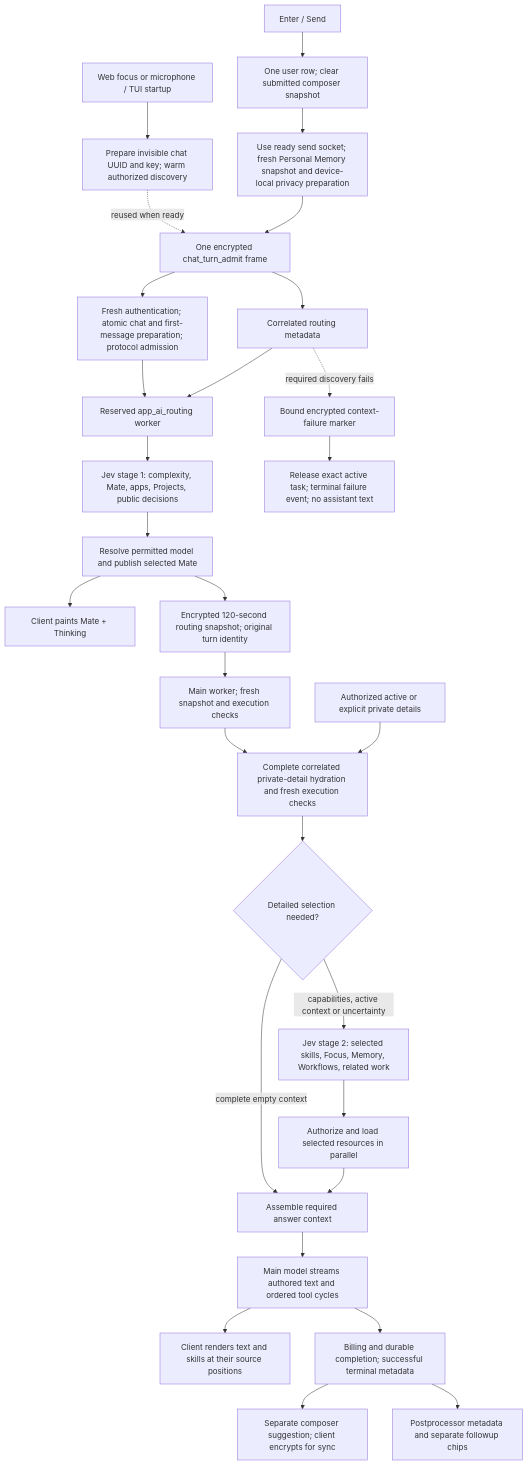
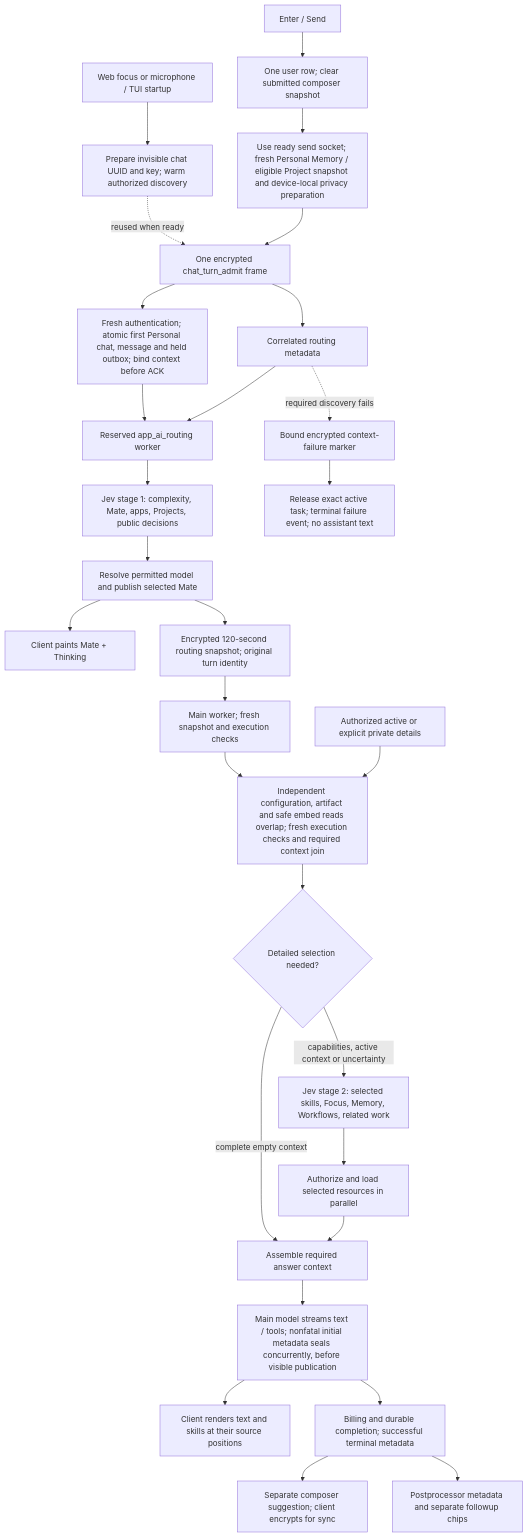
Before and after one commit to glowingkitty/OpenMates: the first of 9 diagrams in docs/plans/chat-latency-improvements/implemented-flow.md, drawn with Mermaid. The commit also changed other lines of this file and 35 other files, not shown here.

````diff
--- a/docs/plans/chat-latency-improvements/implemented-flow.md
+++ b/docs/plans/chat-latency-improvements/implemented-flow.md
@@ -5,31 +5,31 @@
 ```mermaid
 flowchart TD
   Focus[Web focus or microphone / TUI startup] --> Prepare[Prepare invisible chat UUID and key; warm authorized discovery]
   Send[Enter / Send] --> Optimistic[One user row; clear submitted composer snapshot]
-  Optimistic --> Fresh[Use ready send socket; fresh Personal Memory snapshot and device-local privacy preparation]
+  Optimistic --> Fresh[Use ready send socket; fresh Personal Memory / eligible Project snapshot and device-local privacy preparation]
   Fresh --> Admit[One encrypted chat_turn_admit frame]
-  Admit --> Durable[Fresh authentication; atomic chat and first-message preparation; protocol admission]
+  Admit --> Durable[Fresh authentication; atomic first Personal chat, message and held outbox; bind context before ACK]
   Prepare -. reused when ready .-> Admit
   Durable --> Router[Reserved app_ai_routing worker]
   Admit --> Headers[Correlated routing metadata]
   Headers --> Router
   Headers -. required discovery fails .-> Failure[Bound encrypted context-failure marker]
   Failure --> End[Release exact active task; terminal failure event; no assistant text]
   Router --> Stage1[Jev stage 1: complexity, Mate, apps, Projects, public decisions]
   Stage1 --> Resolve[Resolve permitted model and publish selected Mate]
   Resolve --> Paint[Client paints Mate + Thinking]
   Resolve --> Handoff[Encrypted 120-second routing snapshot; original turn identity]
   Handoff --> MainQueue[Main worker; fresh snapshot and execution checks]
-  MainQueue --> Complete[Complete correlated private-detail hydration and fresh execution checks]
+  MainQueue --> Complete[Independent configuration, artifact and safe embed reads overlap; fresh execution checks and required context join]
   Complete --> Need{Detailed selection needed?}
   Need -- complete empty context --> Minimal[Assemble required answer context]
   Need -- capabilities, active context or uncertainty --> Stage2[Jev stage 2: selected skills, Focus, Memory, Workflows, related work]
   Details[Authorized active or explicit private details] --> Complete
   Stage2 --> Hydrate[Authorize and load selected resources in parallel]
   Hydrate --> Minimal
-  Minimal --> Main[Main model streams authored text and ordered tool cycles]
+  Minimal --> Main[Main model streams text / tools; nonfatal initial metadata seals concurrently, before visible publication]
   Main --> Output[Client renders text and skills at their source positions]
   Main --> Final[Billing and durable completion; successful terminal metadata]
   Final --> Ghost[Separate composer suggestion; client encrypts for sync]
   Final --> Post[Postprocessor metadata and separate followup chips]
 ```
````
